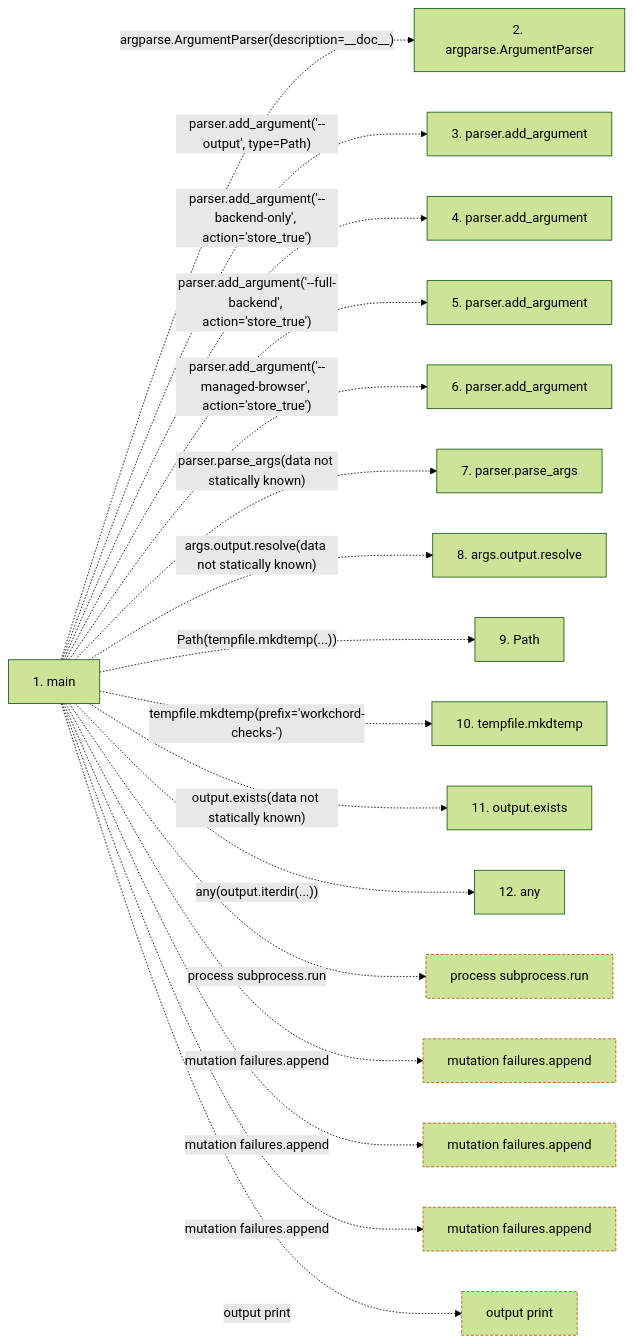
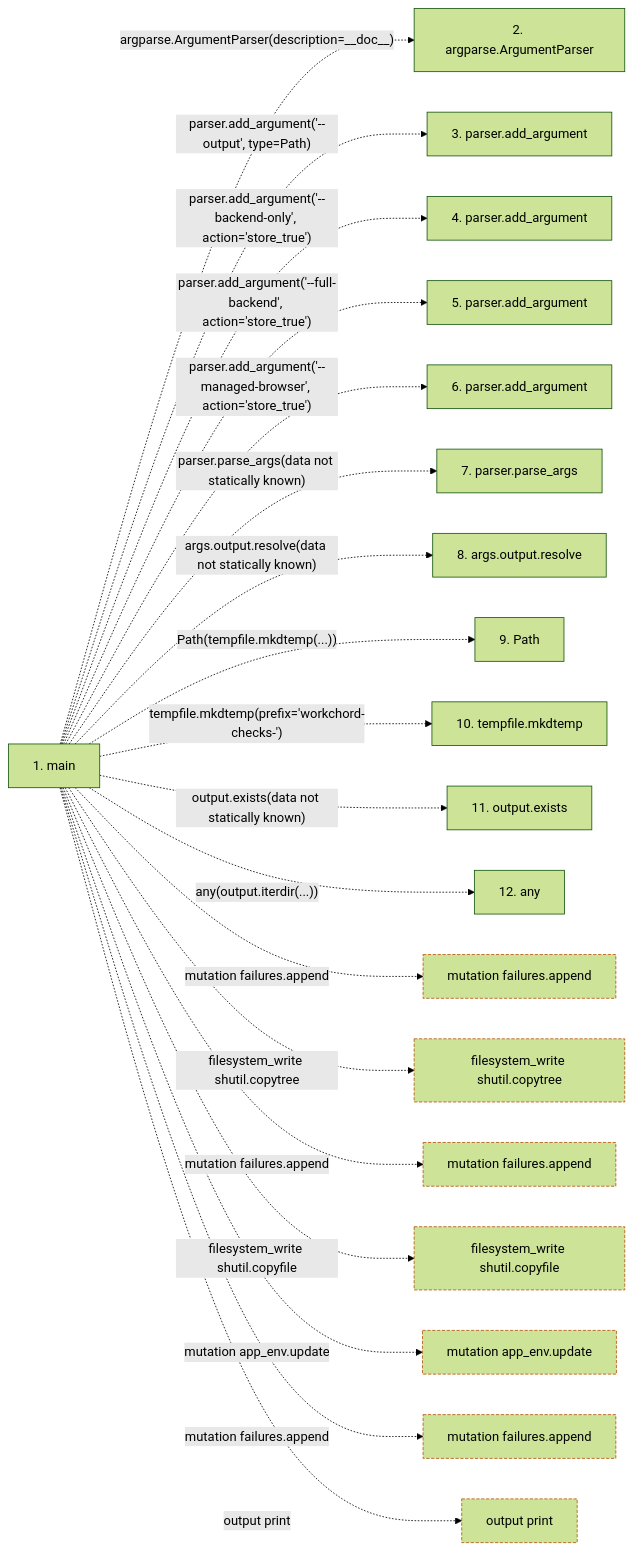
The second of 2 diagrams in docs/llm_wiki/flows/process-run_disposable_checks.md (Denissvgn/WorkChord), drawn with Mermaid (forest theme) before and after one commit. The commit also changed other lines of this file and 344 other files, not shown here.

````diff
--- a/docs/llm_wiki/flows/process-run_disposable_checks.md
+++ b/docs/llm_wiki/flows/process-run_disposable_checks.md
@@ -77,43 +77,49 @@
 ```mermaid
 flowchart LR
     s1["1. main"]
     s2["2. argparse.ArgumentParser"]
     s3["3. parser.add_argument"]
     s4["4. parser.add_argument"]
     s5["5. parser.add_argument"]
     s6["6. parser.add_argument"]
     s7["7. parser.parse_args"]
     s8["8. args.output.resolve"]
     s9["9. Path"]
     s10["10. tempfile.mkdtemp"]
     s11["11. output.exists"]
     s12["12. any"]
     s1 -. "argparse.ArgumentParser(description=__doc__)" .-> s2
     s1 -. "parser.add_argument('--output', type=Path)" .-> s3
     s1 -. "parser.add_argument('--backend-only', action='store_true')" .-> s4
     s1 -. "parser.add_argument('--full-backend', action='store_true')" .-> s5
     s1 -. "parser.add_argument('--managed-browser', action='store_true')" .-> s6
     s1 -. "parser.parse_args(data not statically known)" .-> s7
     s1 -. "args.output.resolve(data not statically known)" .-> s8
     s1 -. "Path(tempfile.mkdtemp(...))" .-> s9
     s1 -. "tempfile.mkdtemp(prefix='workchord-checks-')" .-> s10
     s1 -. "output.exists(data not statically known)" .-> s11
     s1 -. "any(output.iterdir(...))" .-> s12
-    b0["process subprocess.run"]
-    s1 -. "process subprocess.run" .-> b0
-    b1["mutation failures.append"]
-    s1 -. "mutation failures.append" .-> b1
+    b0["mutation failures.append"]
+    s1 -. "mutation failures.append" .-> b0
+    b1["filesystem_write shutil.copytree"]
+    s1 -. "filesystem_write shutil.copytree" .-> b1
     b2["mutation failures.append"]
     s1 -. "mutation failures.append" .-> b2
-    b3["mutation failures.append"]
-    s1 -. "mutation failures.append" .-> b3
-    b4["output print"]
-    s1 -. "output print" .-> b4
+    b3["filesystem_write shutil.copyfile"]
+    s1 -. "filesystem_write shutil.copyfile" .-> b3
+    b4["mutation app_env.update"]
+    s1 -. "mutation app_env.update" .-> b4
+    b5["mutation failures.append"]
+    s1 -. "mutation failures.append" .-> b5
+    b6["output print"]
+    s1 -. "output print" .-> b6
     click s1 "../modules/run_disposable_checks.md"
     classDef boundary stroke:#b45309,stroke-dasharray: 4 2
     class b0 boundary
     class b1 boundary
     class b2 boundary
     class b3 boundary
     class b4 boundary
+    class b5 boundary
+    class b6 boundary
 ```
````
